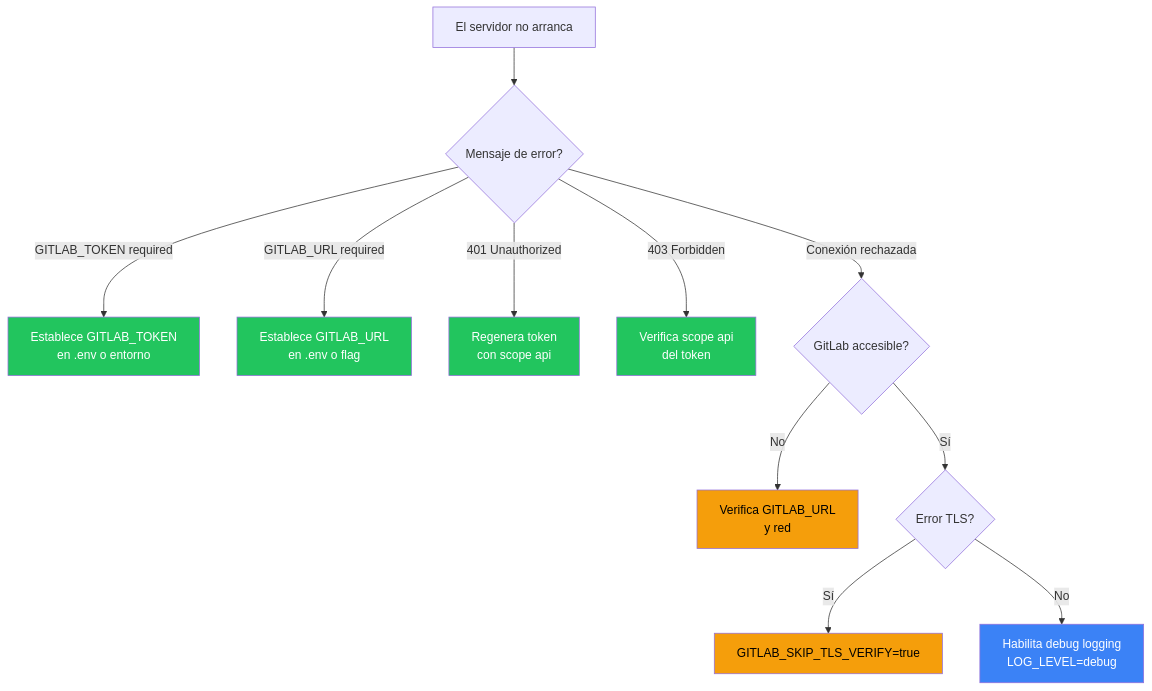
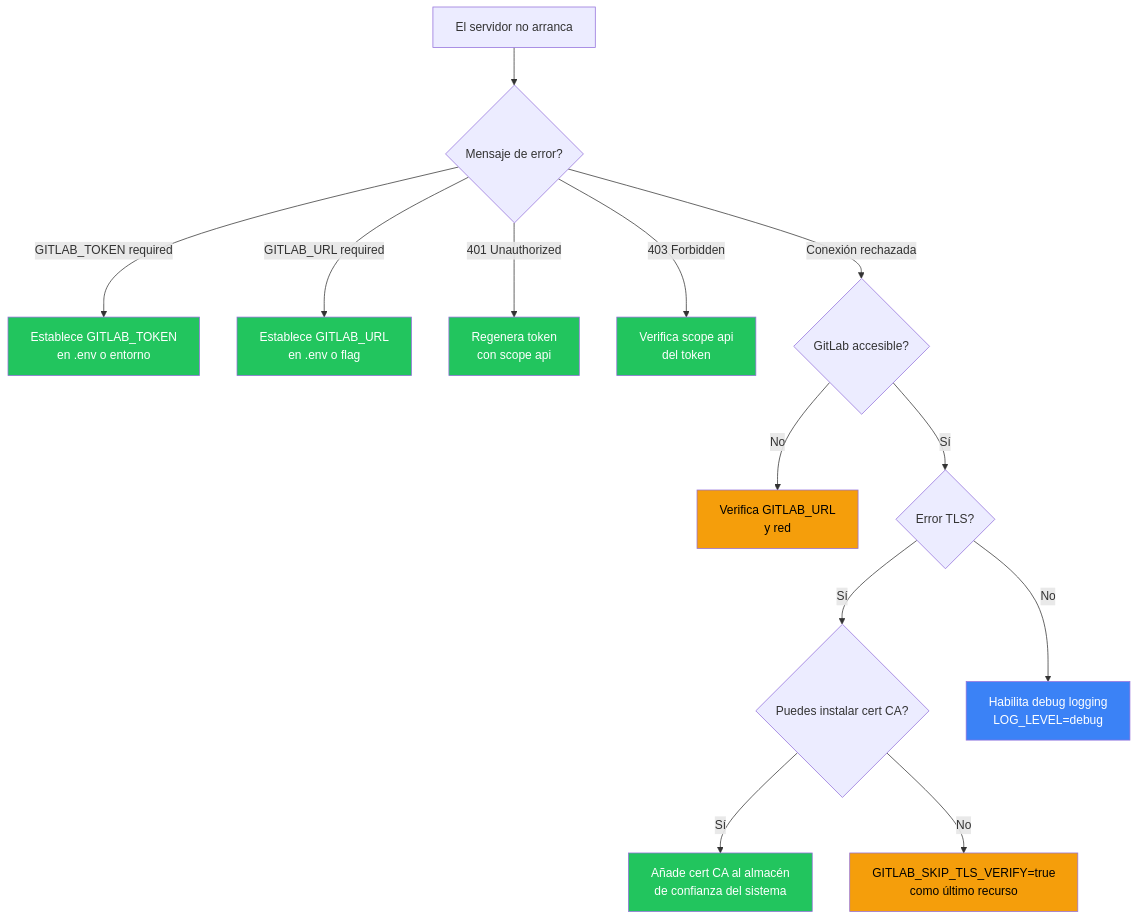
One commit to jmrplens/gitlab-mcp-server changed the diagram in site/src/content/docs/es/operations/troubleshooting.mdx. Above: the diagram before and after it, drawn with Mermaid. The commit also changed other lines of this file and 18 other files, not shown here.

````diff
--- a/site/src/content/docs/es/operations/troubleshooting.mdx
+++ b/site/src/content/docs/es/operations/troubleshooting.mdx
@@ -14,21 +14,24 @@
 ```mermaid
 flowchart TD
     A[El servidor no arranca] --> B{Mensaje de error?}
     B -->|GITLAB_TOKEN required| C[Establece GITLAB_TOKEN<br/>en .env o entorno]
     B -->|GITLAB_URL required| D[Establece GITLAB_URL<br/>en .env o flag]
     B -->|401 Unauthorized| E[Regenera token<br/>con scope api]
     B -->|403 Forbidden| F[Verifica scope api<br/>del token]
     B -->|Conexión rechazada| G{GitLab accesible?}
     G -->|No| H[Verifica GITLAB_URL<br/>y red]
     G -->|Sí| I{Error TLS?}
-    I -->|Sí| J[GITLAB_SKIP_TLS_VERIFY=true]
+    I -->|Sí| J{Puedes instalar cert CA?}
+    J -->|Sí| J1[Añade cert CA al almacén<br/>de confianza del sistema]
+    J -->|No| J2[GITLAB_SKIP_TLS_VERIFY=true<br/>como último recurso]
     I -->|No| K[Habilita debug logging<br/>LOG_LEVEL=debug]
 
     style C fill:#22c55e,color:#fff
     style D fill:#22c55e,color:#fff
     style E fill:#22c55e,color:#fff
     style F fill:#22c55e,color:#fff
     style H fill:#f59e0b,color:#000
-    style J fill:#f59e0b,color:#000
+    style J1 fill:#22c55e,color:#fff
+    style J2 fill:#f59e0b,color:#000
     style K fill:#3b82f6,color:#fff
 ```
````
